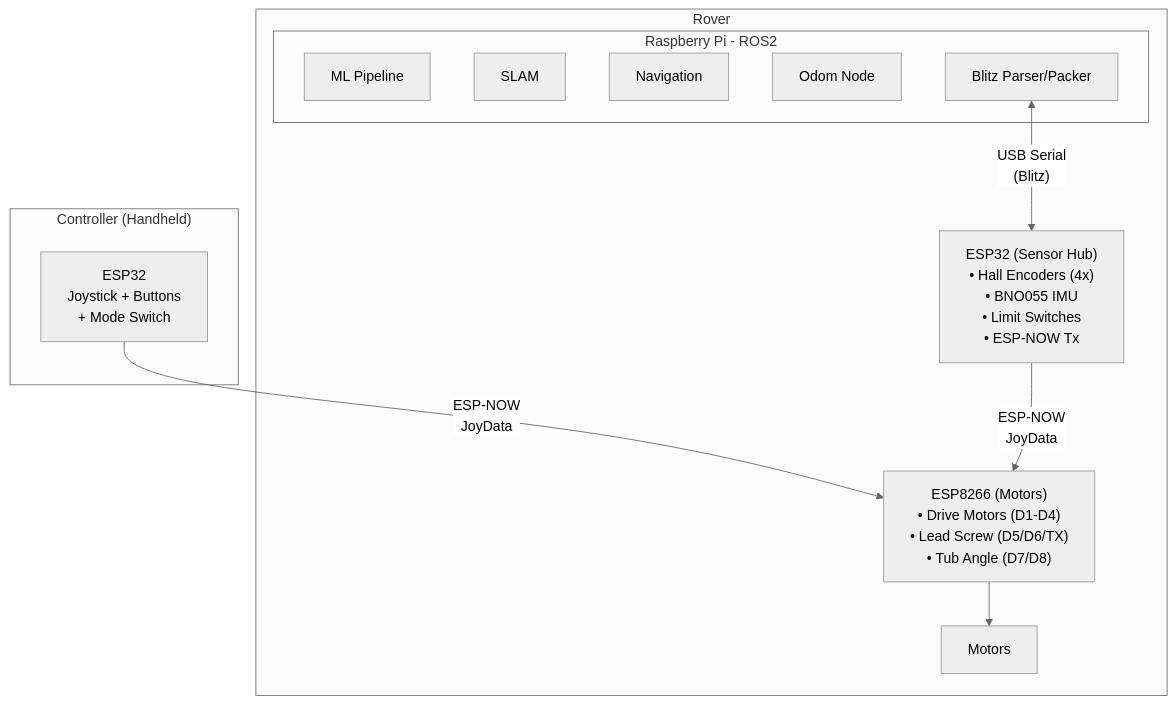
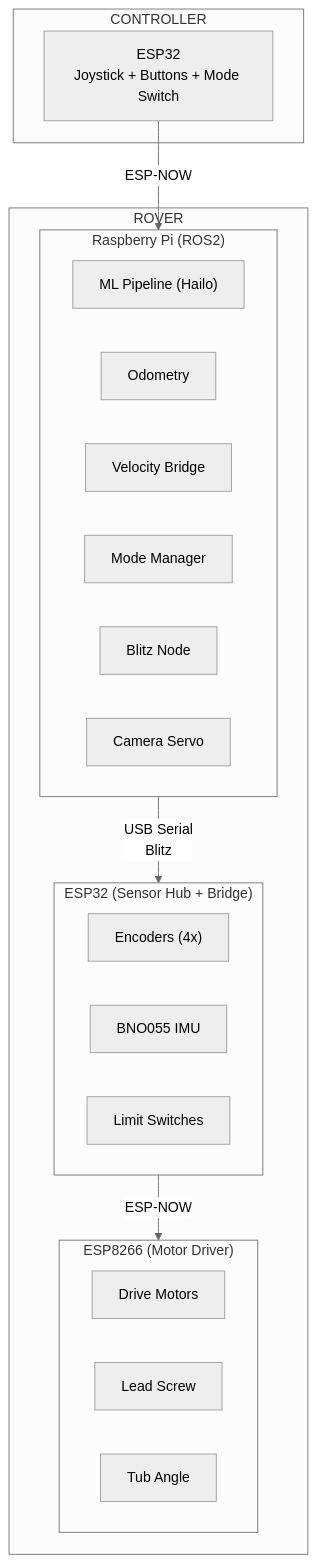
Before and after one commit to Rudyy75/Caterpillar-Rover-iitm: the diagram in IMPLEMENTATION_PLAN.md, drawn with Mermaid (neutral theme). The commit also changed other lines of this file, not shown here.

````diff
--- a/IMPLEMENTATION_PLAN.md
+++ b/IMPLEMENTATION_PLAN.md
@@ -45,27 +22,33 @@
 ```mermaid
-graph TB
-    subgraph CONTROLLER["Controller (Handheld)"]
-        CTRL_ESP32["ESP32<br/>Joystick + Buttons<br/>+ Mode Switch"]
+flowchart TB
+    subgraph Controller["CONTROLLER"]
+        CTL["ESP32<br/>Joystick + Buttons + Mode Switch"]
     end
-    
-    subgraph ROVER["Rover"]
-        subgraph RPI["Raspberry Pi - ROS2"]
-            ML["ML Pipeline"]
-            SLAM["SLAM"]
-            NAV["Navigation"]
-            ODOM["Odom Node"]
-            BLITZ_ROS["Blitz Parser/Packer"]
+
+    subgraph Rover["ROVER"]
+        subgraph RPI["Raspberry Pi (ROS2)"]
+            ML["ML Pipeline (Hailo)"]
+            ODOM["Odometry"]
+            VEL["Velocity Bridge"]
+            MODE["Mode Manager"]
+            BLITZ["Blitz Node"]
+            SERVO["Camera Servo"]
         end
-        
-        ROVER_ESP32["ESP32 (Sensor Hub)<br/>• Hall Encoders (4x)<br/>• BNO055 IMU<br/>• Limit Switches<br/>• ESP-NOW Tx"]
-        
-        ESP8266["ESP8266 (Motors)<br/>• Drive Motors (D1-D4)<br/>• Lead Screw (D5/D6/TX)<br/>• Tub Angle (D7/D8)"]
-        
-        MOTORS["Motors"]
+
+        subgraph ESP32["ESP32 (Sensor Hub + Bridge)"]
+            ENC["Encoders (4x)"]
+            BNO["BNO055 IMU"]
+            LIM["Limit Switches"]
+        end
+
+        subgraph ESP8266["ESP8266 (Motor Driver)"]
+            DRIVE["Drive Motors"]
+            LEAD["Lead Screw"]
+            TUB["Tub Angle"]
+        end
     end
-    
-    CTRL_ESP32 -->|"ESP-NOW<br/>JoyData"| ESP8266
-    BLITZ_ROS <-->|"USB Serial<br/>(Blitz)"| ROVER_ESP32
-    ROVER_ESP32 -->|"ESP-NOW<br/>JoyData"| ESP8266
-    ESP8266 --> MOTORS
+
+    CTL -->|ESP-NOW| RPI
+    RPI -->|USB Serial<br/>Blitz| ESP32
+    ESP32 -->|ESP-NOW| ESP8266
 ```
````
